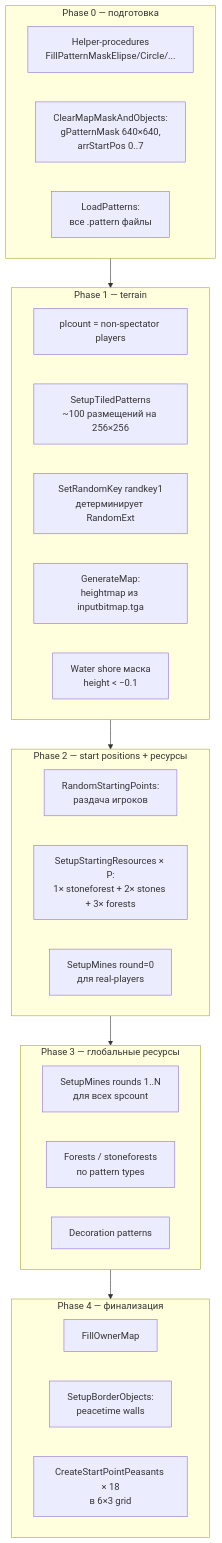
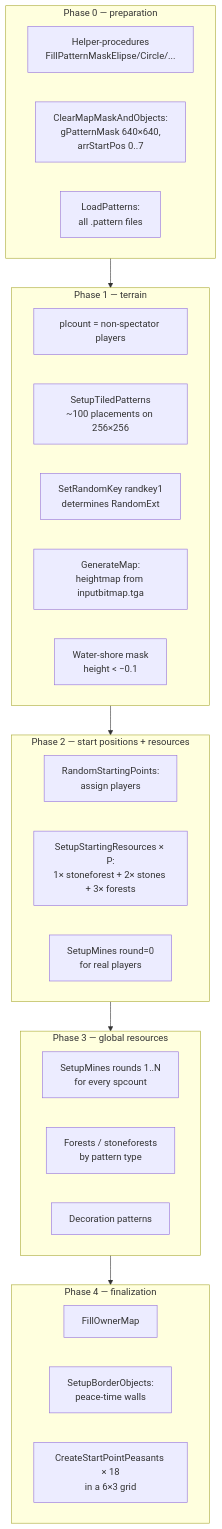
One commit to anyalink99/cossacks-3-almanac changed the diagram in docs_en/recon/world/map/map_generation_pipeline.md. Above: the diagram before and after it, drawn with Mermaid. The commit also changed other lines of this file and 99 other files, not shown here.

````diff
--- a/docs_en/recon/world/map/map_generation_pipeline.md
+++ b/docs_en/recon/world/map/map_generation_pipeline.md
@@ -64,31 +67,31 @@
 ```mermaid
 flowchart TB
-    subgraph P0["Phase 0 — подготовка"]
+    subgraph P0["Phase 0 — preparation"]
         H[Helper-procedures<br/>FillPatternMaskElipse/Circle/...]
         Clear[ClearMapMaskAndObjects:<br/>gPatternMask 640×640,<br/>arrStartPos 0..7]
-        Load[LoadPatterns:<br/>все .pattern файлы]
+        Load[LoadPatterns:<br/>all .pattern files]
     end
     subgraph P1["Phase 1 — terrain"]
         Players[plcount = non-spectator players]
-        Tiles[SetupTiledPatterns<br/>~100 размещений на 256×256]
-        Seed[SetRandomKey randkey1<br/>детерминирует RandomExt]
-        Gen[GenerateMap:<br/>heightmap из inputbitmap.tga]
-        Water[Water shore маска<br/>height &lt; −0.1]
+        Tiles[SetupTiledPatterns<br/>~100 placements on 256×256]
+        Seed[SetRandomKey randkey1<br/>determines RandomExt]
+        Gen[GenerateMap:<br/>heightmap from inputbitmap.tga]
+        Water[Water-shore mask<br/>height &lt; −0.1]
     end
-    subgraph P2["Phase 2 — start positions + ресурсы"]
-        StartPts[RandomStartingPoints:<br/>раздача игроков]
+    subgraph P2["Phase 2 — start positions + resources"]
+        StartPts[RandomStartingPoints:<br/>assign players]
         StartRes[SetupStartingResources × P:<br/>1× stoneforest + 2× stones + 3× forests]
-        Mines1[SetupMines round=0<br/>для real-players]
+        Mines1[SetupMines round=0<br/>for real players]
     end
-    subgraph P3["Phase 3 — глобальные ресурсы"]
-        Mines2[SetupMines rounds 1..N<br/>для всех spcount]
-        Forests[Forests / stoneforests<br/>по pattern types]
+    subgraph P3["Phase 3 — global resources"]
+        Mines2[SetupMines rounds 1..N<br/>for every spcount]
+        Forests[Forests / stoneforests<br/>by pattern type]
         Decor[Decoration patterns]
     end
-    subgraph P4["Phase 4 — финализация"]
+    subgraph P4["Phase 4 — finalization"]
         Owner[FillOwnerMap]
-        Borders[SetupBorderObjects:<br/>peacetime walls]
-        Pea[CreateStartPointPeasants × 18<br/>в 6×3 grid]
+        Borders[SetupBorderObjects:<br/>peace-time walls]
+        Pea[CreateStartPointPeasants × 18<br/>in a 6×3 grid]
     end
     P0 --> P1 --> P2 --> P3 --> P4
 ```
````
